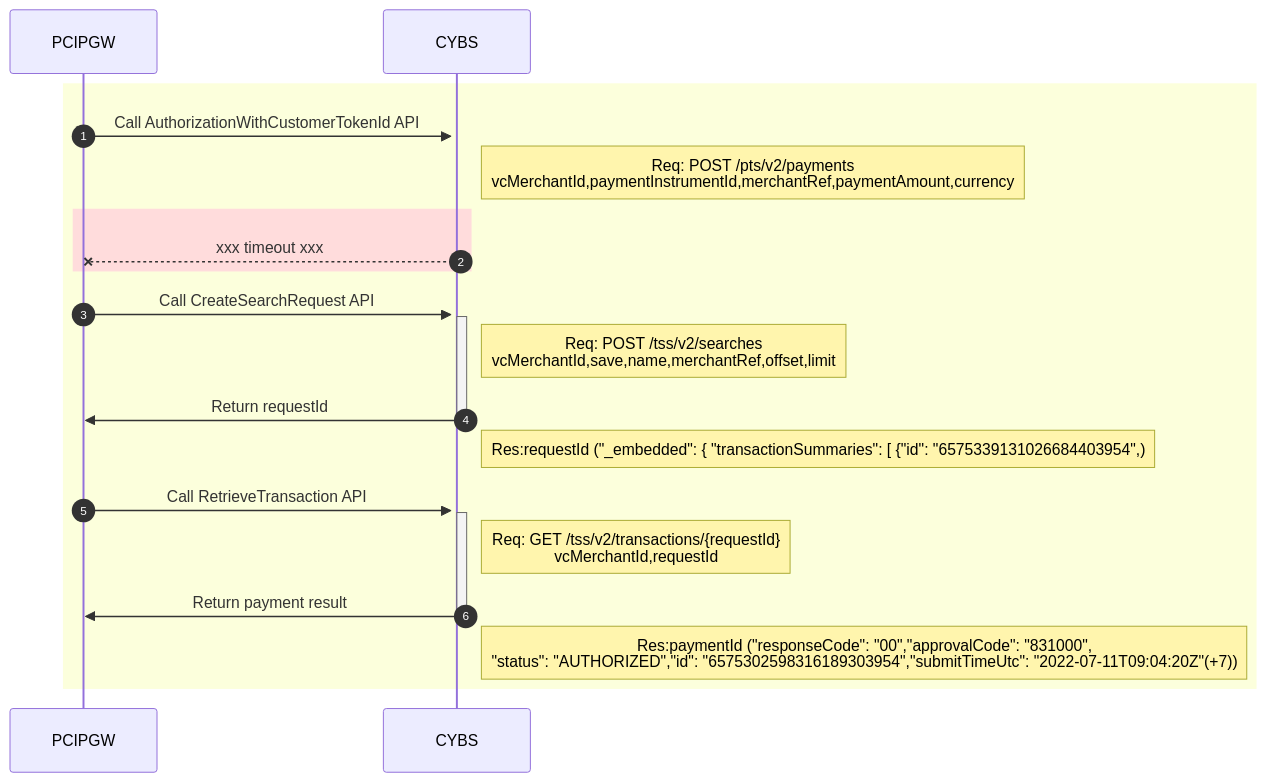
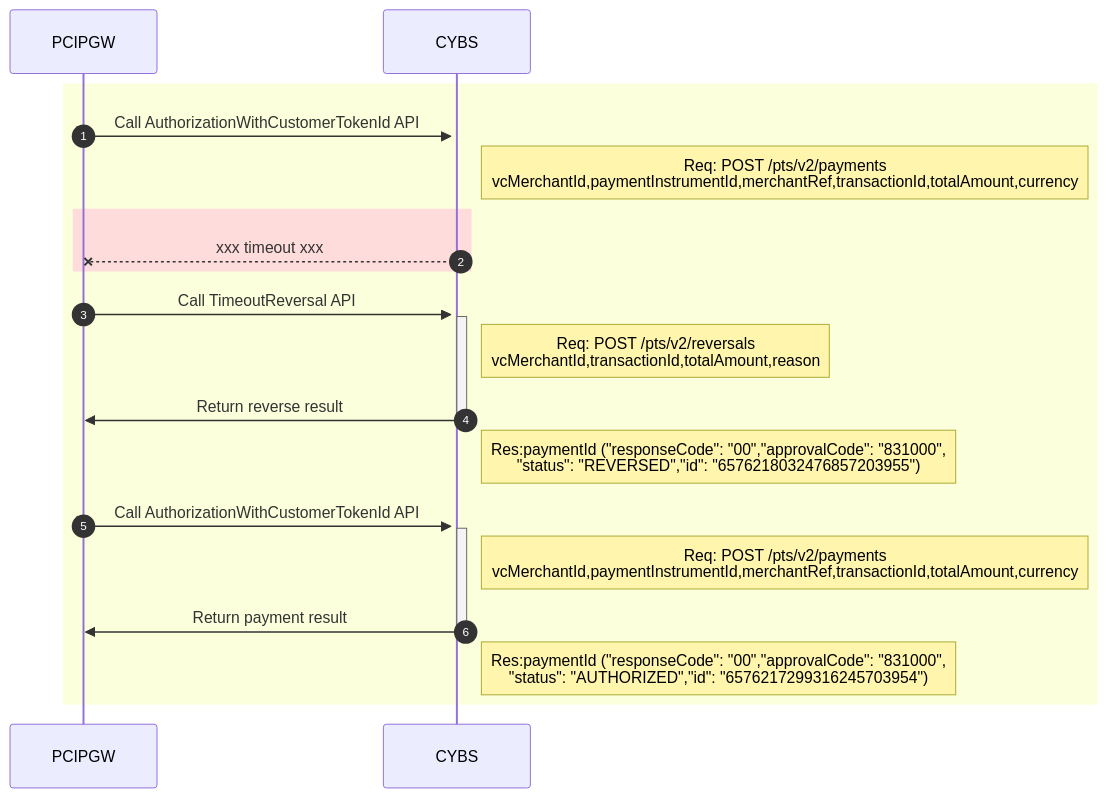
One commit to yuusuke25/MyNotes changed the fourth of 8 diagrams in Cybs-Ph2-Flow3.md. Above: the diagram before and after it, drawn with Mermaid. The commit also changed other lines of this file, not shown here.

````diff
--- a/Cybs-Ph2-Flow3.md
+++ b/Cybs-Ph2-Flow3.md
@@ -62,19 +62,28 @@
 ```mermaid
     sequenceDiagram
     autonumber
         rect rgb(252, 255, 220)
             PCIPGW->>+CYBS:Call AuthorizationWithCustomerTokenId API
-            Note right of CYBS: Req: POST /pts/v2/payments<br>vcMerchantId,paymentInstrumentId,merchantRef,paymentAmount,currency
+            Note right of CYBS: Req: POST /pts/v2/payments<br>vcMerchantId,paymentInstrumentId,merchantRef,transactionId,totalAmount,currency
             rect rgb(255, 220, 220)
               CYBS--XPCIPGW: xxx timeout xxx
             end
-            PCIPGW->>+CYBS:Call CreateSearchRequest API
-            Note right of CYBS: Req: POST /tss/v2/searches<br>vcMerchantId,save,name,merchantRef,offset,limit
-            CYBS->>-PCIPGW:Return requestId
-            Note right of CYBS: Res:requestId ("_embedded": { "transactionSummaries": [ {"id": "6575339131026684403954",)
-            PCIPGW->>+CYBS:Call RetrieveTransaction API
-            Note right of CYBS: Req: GET /tss/v2/transactions/{requestId}<br>vcMerchantId,requestId
+            
+            %% PCIPGW->>+CYBS:Call CreateSearchRequest API
+            %% Note right of CYBS: Req: POST /tss/v2/searches<br>vcMerchantId,save,name,merchantRef,offset,limit
+            %% CYBS->>-PCIPGW:Return requestId
+            %% Note right of CYBS: Res:requestId ("_embedded": { "transactionSummaries": [ {"id": "6575339131026684403954",)
+            %% PCIPGW->>+CYBS:Call RetrieveTransaction API
+            %% Note right of CYBS: Req: GET /tss/v2/transactions/{requestId}<br>vcMerchantId,requestId
+            
+            PCIPGW->>+CYBS:Call TimeoutReversal API
+            Note right of CYBS: Req: POST /pts/v2/reversals<br>vcMerchantId,transactionId,totalAmount,reason
+            CYBS->>-PCIPGW:Return reverse result
+            Note right of CYBS: Res:paymentId ("responseCode": "00","approvalCode": "831000",<BR>"status": "REVERSED","id": "6576218032476857203955")
+            
+            PCIPGW->>+CYBS:Call AuthorizationWithCustomerTokenId API
+            Note right of CYBS: Req: POST /pts/v2/payments<br>vcMerchantId,paymentInstrumentId,merchantRef,transactionId,totalAmount,currency
             CYBS->>-PCIPGW:Return payment result
-            Note right of CYBS: Res:paymentId ("responseCode": "00","approvalCode": "831000",<BR>"status": "AUTHORIZED","id": "6575302598316189303954","submitTimeUtc": "2022-07-11T09:04:20Z"(+7))
+            Note right of CYBS: Res:paymentId ("responseCode": "00","approvalCode": "831000",<BR>"status": "AUTHORIZED","id": "6576217299316245703954")
         end
 ```
````
